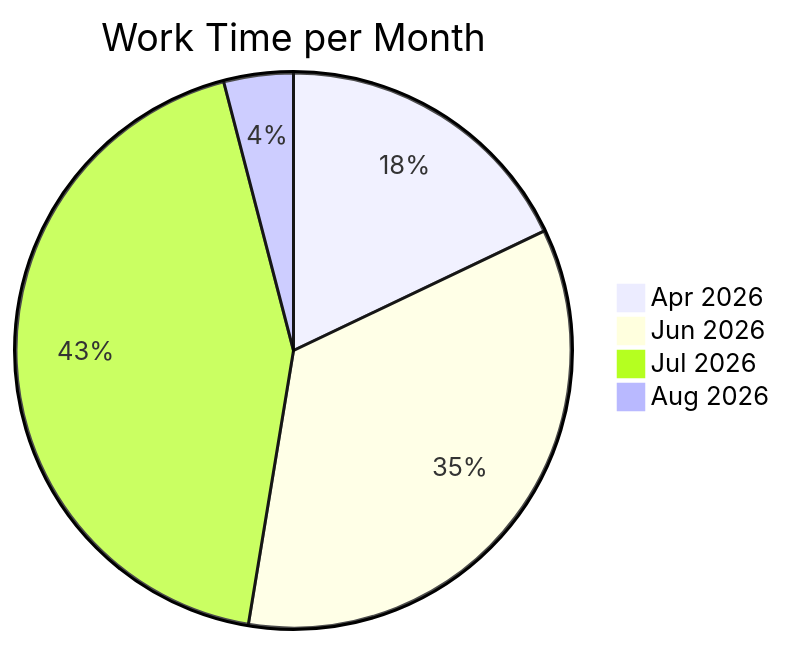
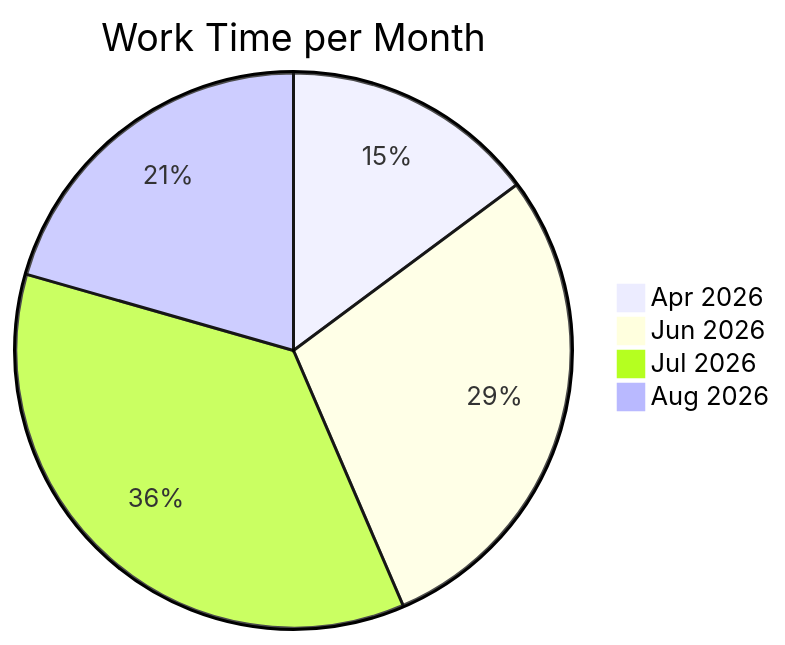
One commit to notWetro/time-tracker changed the diagram in README.md. Above: the diagram before and after it, drawn with Mermaid. The commit also changed other lines of this file and 1 other file, not shown here.

Commit message:
updated worktime

````diff
--- a/README.md
+++ b/README.md
@@ -12,8 +12,8 @@
 ```mermaid
 pie
     title Work Time per Month
     "Apr 2026" : 3.1
     "Jun 2026" : 6.0
     "Jul 2026" : 7.5
-    "Aug 2026" : 0.7
+    "Aug 2026" : 4.3
 ```
````
